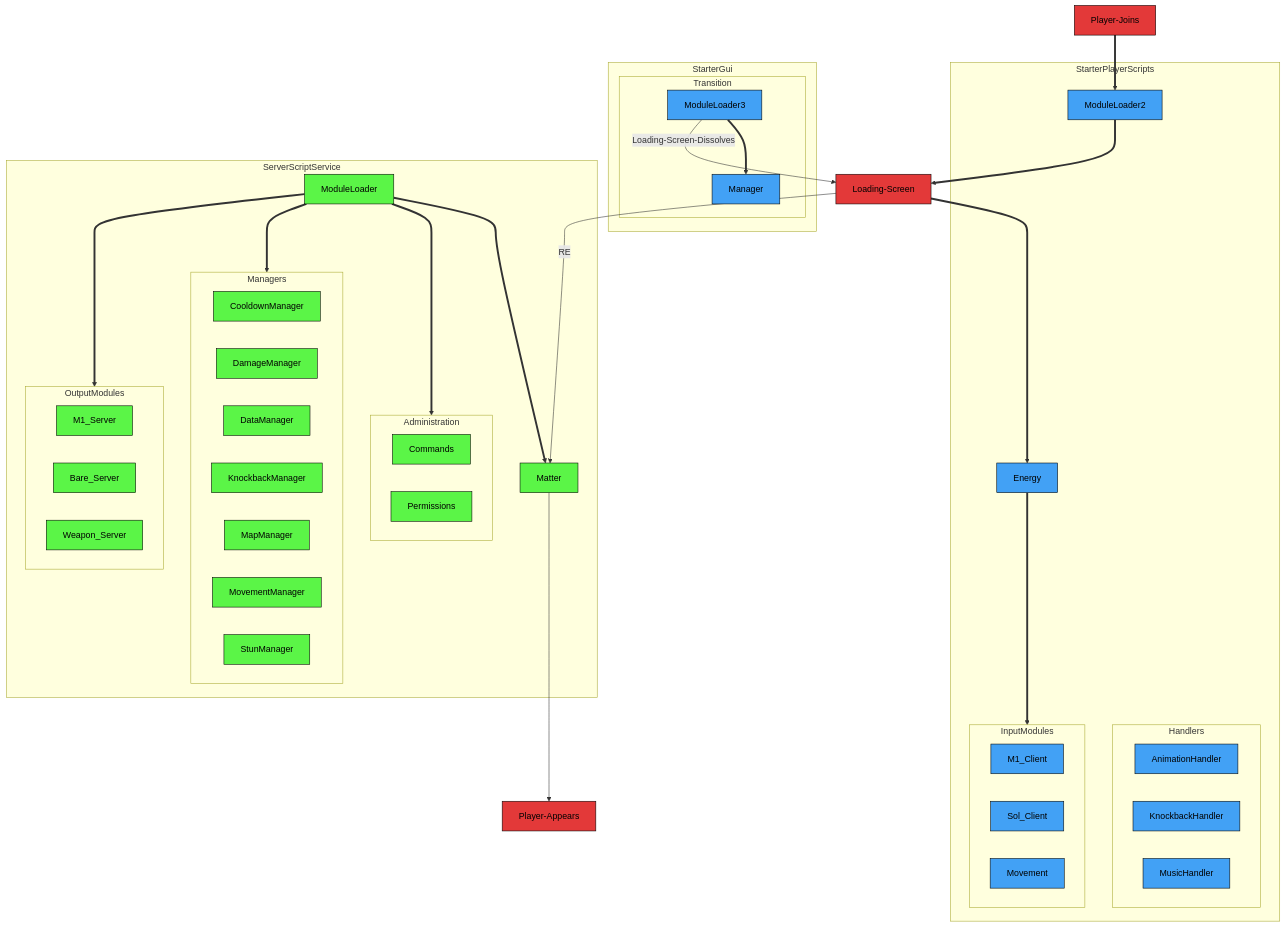
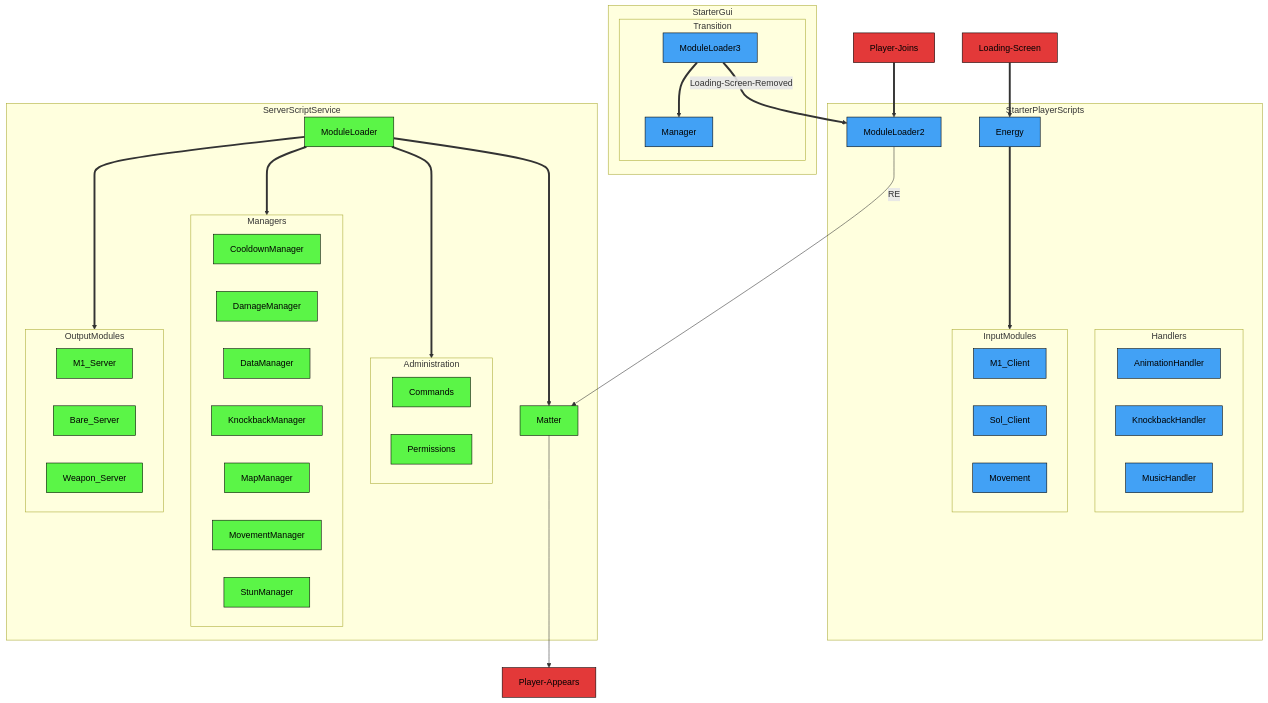
Before and after one commit to altair5607249/Crusaders-Game: the first of 3 diagrams in README.md, drawn with Mermaid. The commit also changed other lines of this file, not shown here.

````diff
--- a/README.md
+++ b/README.md
@@ -52,75 +52,74 @@
 ```mermaid
 flowchart TB;
 
   classDef eventNode fill:#e33939,stroke:#000000,color:#000000
   classDef serverNode fill:#5bf547,stroke:#000000,color:#000000
   classDef clientNode fill:#42a1f5,stroke:#000000,color:#000000
   classDef universalNode fill:#b549eb,stroke:#000000,color:#000000
 
   subgraph StarterPlayerScripts
     ModuleLoader2;
     Energy;
 
     subgraph Handlers
       AnimationHandler;
       KnockbackHandler;
       MusicHandler;
     end
 
     subgraph InputModules
       M1_Client;
       Sol_Client;
       Movement;
     end
   end
 
   subgraph StarterGui
     subgraph Transition
       ModuleLoader3==>A["Manager"]
     end
   end
 
   subgraph ServerScriptService
     ModuleLoader;
     Matter;
 
     subgraph Administration
       Commands;
       Permissions;
     end
 
     subgraph Managers
       CooldownManager;
       DamageManager;
       DataManager;
       KnockbackManager;
       MapManager;
       MovementManager;
       StunManager;
     end
 
     subgraph OutputModules
       M1_Server;
       Bare_Server;
       Weapon_Server;
     end
   end
 
   Player-Joins==>ModuleLoader2
 
-  ModuleLoader2==>Loading-Screen
-  ModuleLoader3-->|Loading-Screen-Dissolves| Loading-Screen
+  ModuleLoader3==>|Loading-Screen-Removed| ModuleLoader2
 
-  Loading-Screen-->|RE| Matter-->Player-Appears;
+  ModuleLoader2-->|RE| Matter-->Player-Appears;
   Loading-Screen==>Energy==>InputModules;
 
   ModuleLoader==>Matter;
   ModuleLoader==>Administration;
   ModuleLoader==>Managers;
   ModuleLoader==>OutputModules;
 
   class Player-Joins,Player-Appears,Loading-Screen eventNode;
   class ModuleLoader,Matter,Commands,Permissions,CooldownManager,DamageManager,DataManager,KnockbackManager,MapManager,MovementManager,StunManager,M1_Server,Bare_Server,Weapon_Server serverNode;
   class ModuleLoader2,Energy,AnimationHandler,KnockbackHandler,MusicHandler,M1_Client,Sol_Client,Movement,ModuleLoader3,ModuleLoader4,A,B,C clientNode;
   class Space,Time universalNode;
 ```
````
